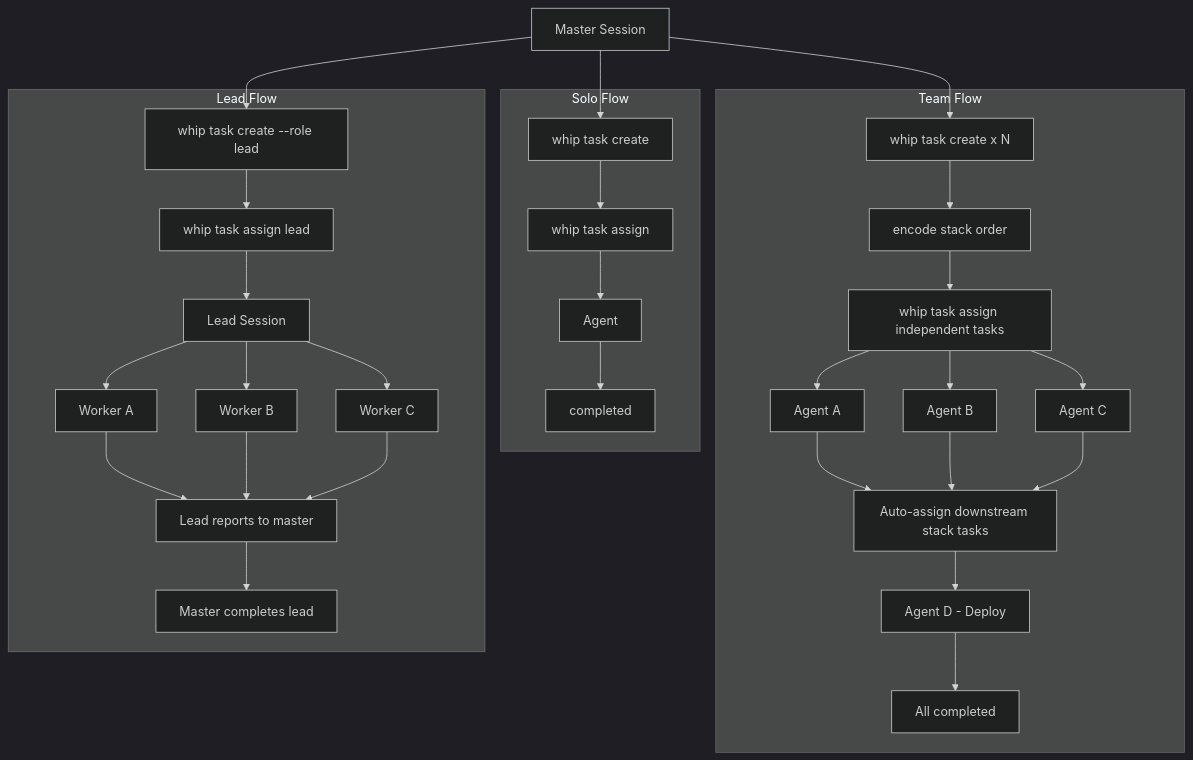
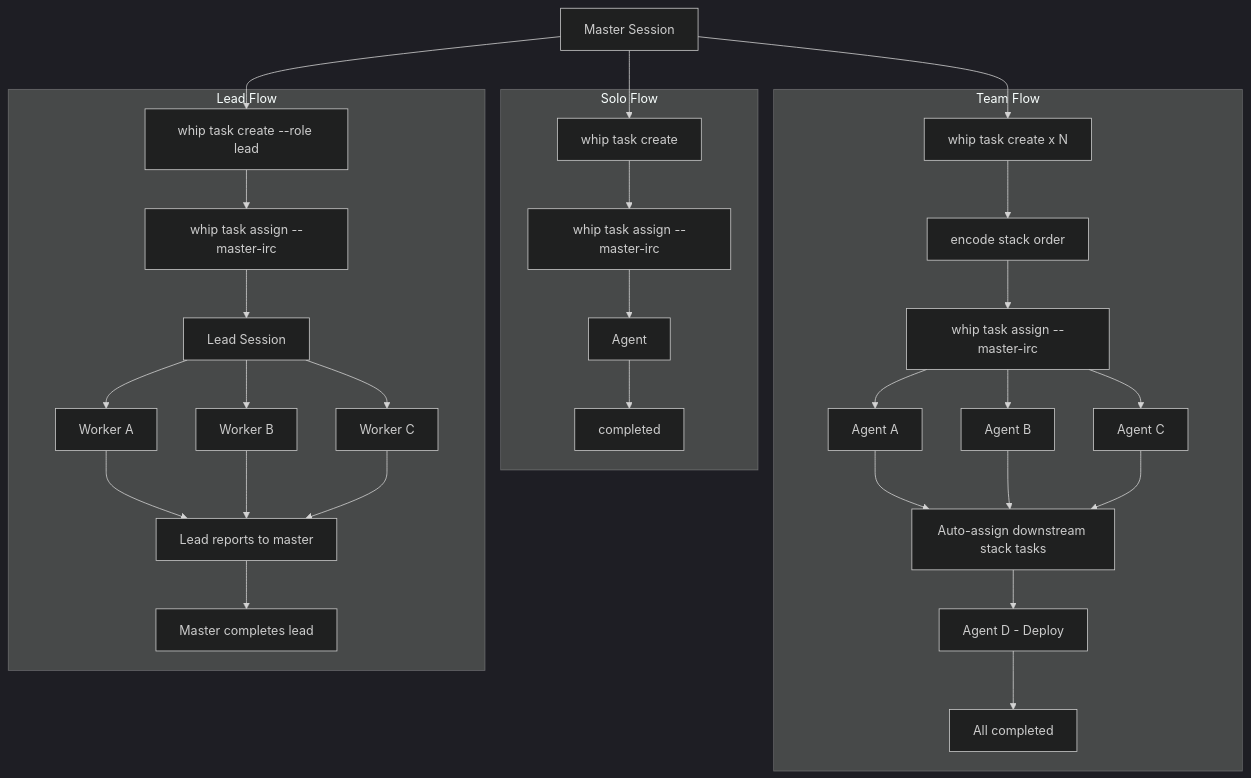
Before and after one commit to DongGukMon/ai-tools: the third of 4 diagrams in whip/docs/workflow-en.md, drawn with Mermaid (dark theme). The commit also changed other lines of this file and 13 other files, not shown here.

Commit message:
feat: improve whip master IRC coordination

````diff
--- a/whip/docs/workflow-en.md
+++ b/whip/docs/workflow-en.md
@@ -402,39 +413,39 @@
 ```mermaid
 flowchart TB
     Master[Master Session]
 
     subgraph "Solo Flow"
-        S_Create[whip task create] --> S_Assign[whip task assign]
+        S_Create[whip task create] --> S_Assign[whip task assign --master-irc]
         S_Assign --> S_Agent[Agent]
         S_Agent --> S_Done[completed]
     end
 
     subgraph "Team Flow"
         T_Create[whip task create x N] --> T_Dep[encode stack order]
-        T_Dep --> T_Assign[whip task assign independent tasks]
+        T_Dep --> T_Assign[whip task assign --master-irc]
         T_Assign --> T_A1[Agent A]
         T_Assign --> T_A2[Agent B]
         T_Assign --> T_A3[Agent C]
         T_A1 --> T_Auto[Auto-assign downstream stack tasks]
         T_A2 --> T_Auto
         T_A3 --> T_Auto
         T_Auto --> T_A4[Agent D - Deploy]
         T_A4 --> T_Done[All completed]
     end
 
     subgraph "Lead Flow"
-        L_Create[whip task create --role lead] --> L_Assign[whip task assign lead]
+        L_Create[whip task create --role lead] --> L_Assign[whip task assign --master-irc]
         L_Assign --> L_Lead[Lead Session]
         L_Lead --> L_W1[Worker A]
         L_Lead --> L_W2[Worker B]
         L_Lead --> L_W3[Worker C]
         L_W1 --> L_Report[Lead reports to master]
         L_W2 --> L_Report
         L_W3 --> L_Report
         L_Report --> L_Done[Master completes lead]
     end
 
     Master --> S_Create
     Master --> T_Create
     Master --> L_Create
 ```
````
